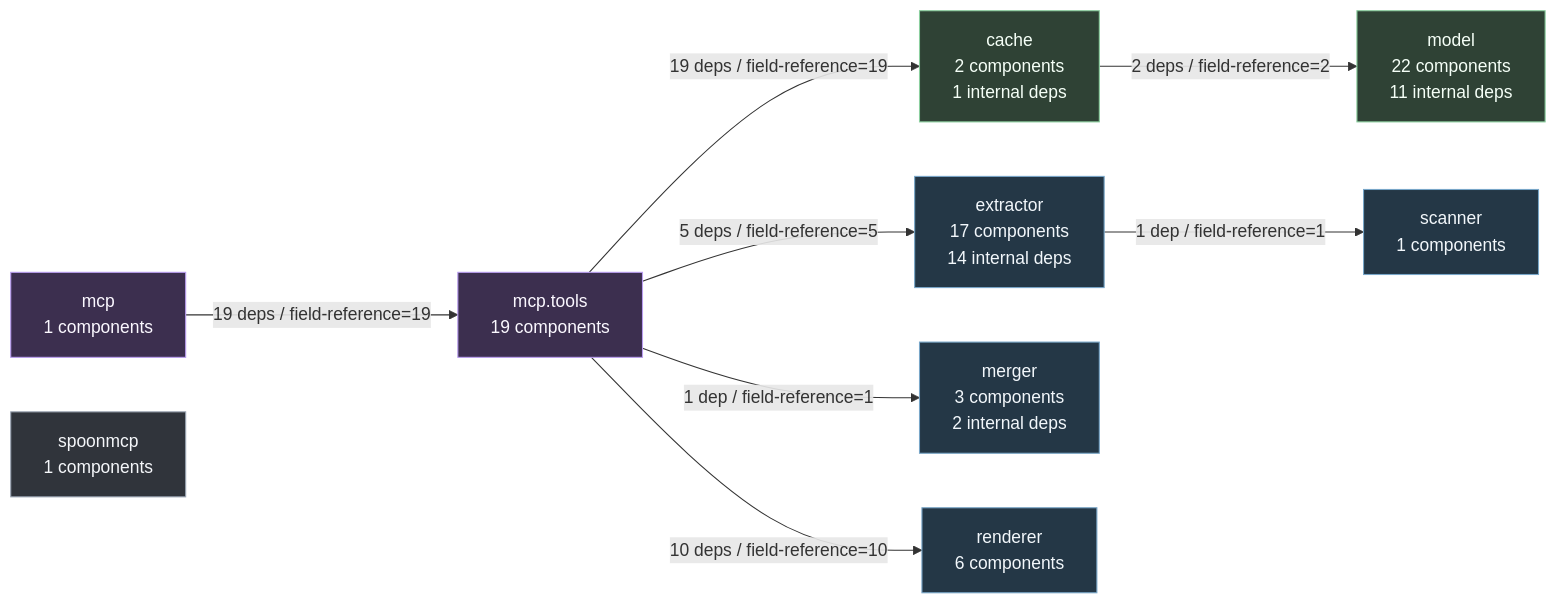
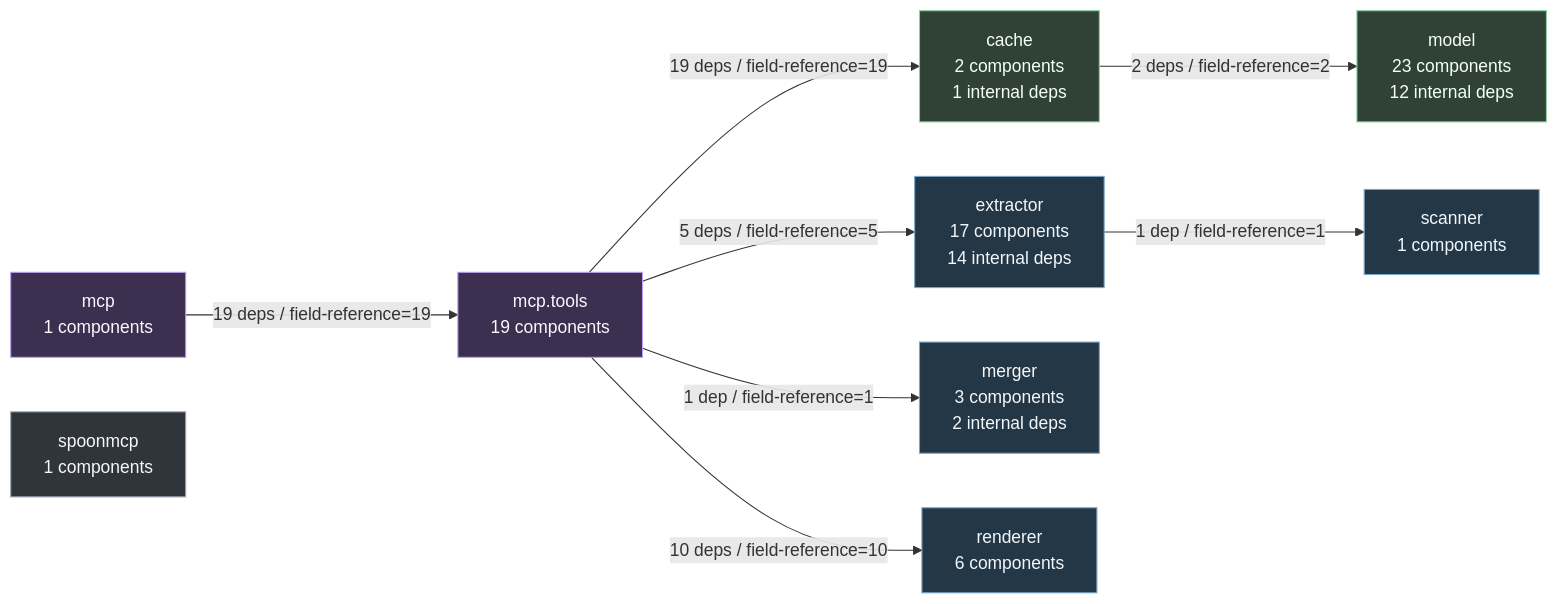
Before and after one commit to DerPate/archlens: the fifth of 5 diagrams in docs/ARCHITECTURE.md, drawn with Mermaid. The commit also changed other lines of this file and 17 other files, not shown here.

````diff
--- a/docs/ARCHITECTURE.md
+++ b/docs/ARCHITECTURE.md
@@ -579,32 +584,32 @@
 ```mermaid
 flowchart LR
     dep_cache["cache\n2 components\n1 internal deps"]
     dep_extractor["extractor\n17 components\n14 internal deps"]
     dep_mcp["mcp\n1 components"]
     dep_mcp_tools["mcp.tools\n19 components"]
     dep_merger["merger\n3 components\n2 internal deps"]
-    dep_model["model\n22 components\n11 internal deps"]
+    dep_model["model\n23 components\n12 internal deps"]
     dep_renderer["renderer\n6 components"]
     dep_scanner["scanner\n1 components"]
     dep_spoonmcp["spoonmcp\n1 components"]
     dep_cache -->|2 deps / field-reference=2| dep_model
     dep_extractor -->|1 dep / field-reference=1| dep_scanner
     dep_mcp -->|19 deps / field-reference=19| dep_mcp_tools
     dep_mcp_tools -->|19 deps / field-reference=19| dep_cache
     dep_mcp_tools -->|5 deps / field-reference=5| dep_extractor
     dep_mcp_tools -->|1 dep / field-reference=1| dep_merger
     dep_mcp_tools -->|10 deps / field-reference=10| dep_renderer
     classDef core fill:#243746,stroke:#78a6c8,color:#f2f7fb
     classDef boundary fill:#3c2f4f,stroke:#b99df0,color:#fbf8ff
     classDef data fill:#2f4235,stroke:#8bcf9f,color:#f5fff7
     classDef default fill:#30343b,stroke:#9aa4b2,color:#f5f7fa
     class dep_cache data
     class dep_extractor core
     class dep_mcp boundary
     class dep_mcp_tools boundary
     class dep_merger core
     class dep_model data
     class dep_renderer core
     class dep_scanner core
     class dep_spoonmcp default
 ```
````
